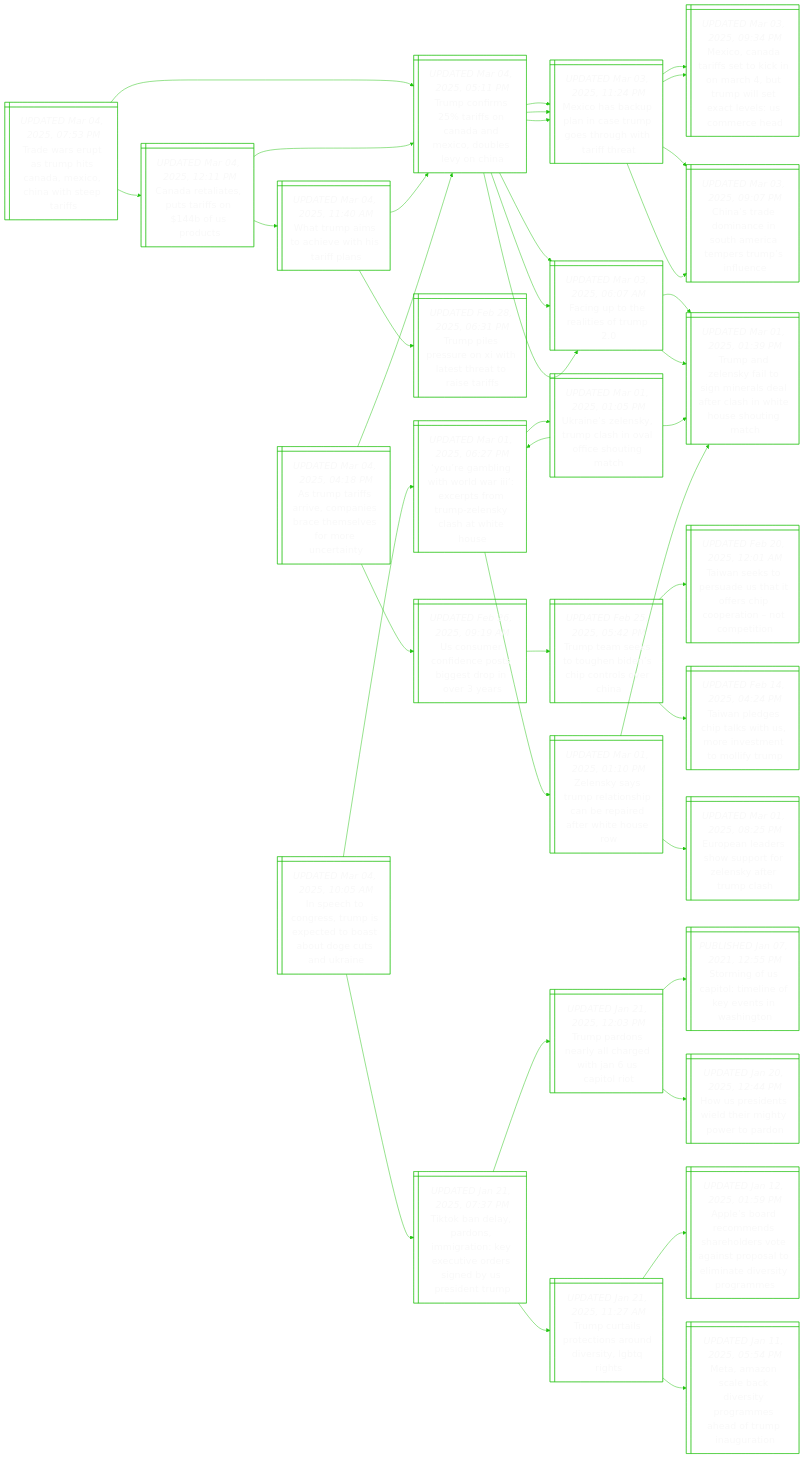
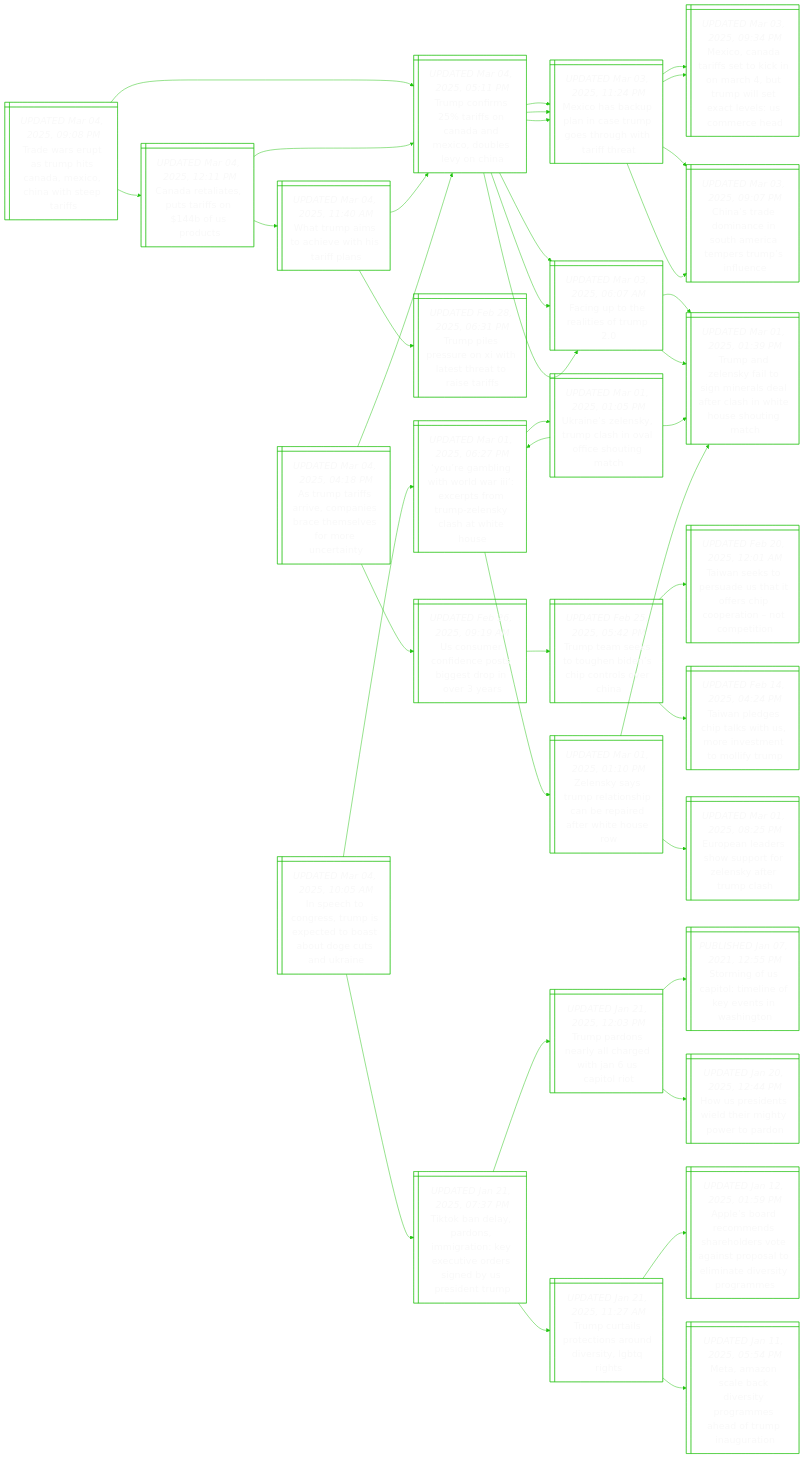
Before and after one commit to notJmes/notJmes: the diagram in README.md, drawn with Mermaid. The commit also changed other lines of this file, not shown here.

```diff
--- a/README.md
+++ b/README.md
@@ -16,7 +16,7 @@
 flowchart LR
 classDef txtsize font-size:20px;
 
-TwrspCacnhpf@{ shape: win-pane, label: "_UPDATED Mar 04, 2025, 07:53 PM_
+TwrspCacnhpf@{ shape: win-pane, label: "_UPDATED Mar 04, 2025, 09:08 PM_
 Trade wars erupt as trump hits canada, mexico, china with steep tariffs" }
 TcrroadcbeC@{ shape: win-pane, label: "_UPDATED Mar 04, 2025, 05:11 PM_
 Trump confirms 25% tariffs on canada and mexico, doubles levy on china" }
```
